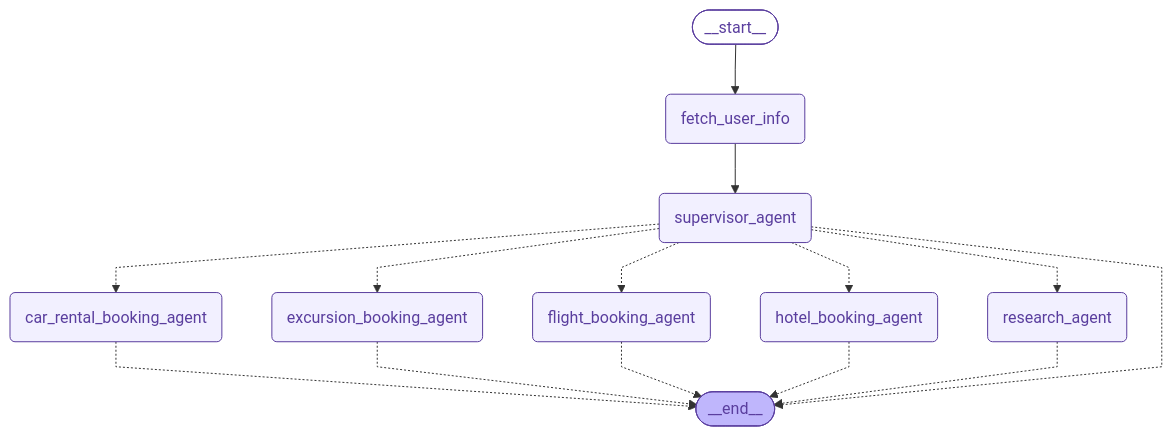
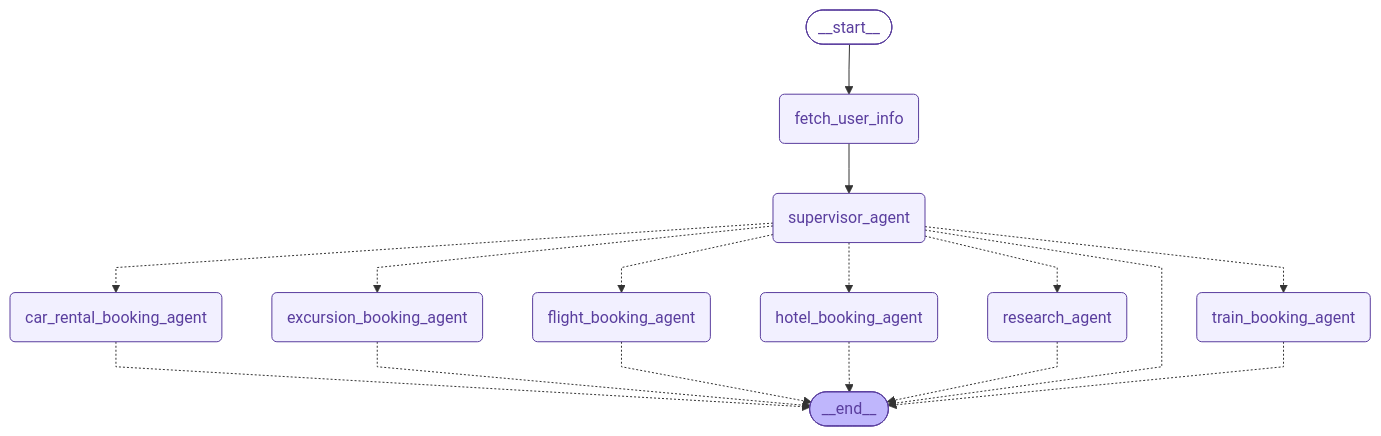
One commit to Agnescao/TripAssistant changed the diagram in graph/workflow_graph.mmd. Above: the diagram before and after it, drawn with Mermaid. The commit also changed 9 other files, not shown here.

Commit message:
add train agent

```diff
--- a/graph/workflow_graph.mmd
+++ b/graph/workflow_graph.mmd
@@ -1,31 +1,34 @@
 ---
 config:
   flowchart:
     curve: linear
 ---
 graph TD;
 	__start__([<p>__start__</p>]):::first
 	fetch_user_info(fetch_user_info)
 	supervisor_agent(supervisor_agent)
 	research_agent(research_agent)
 	flight_booking_agent(flight_booking_agent)
 	hotel_booking_agent(hotel_booking_agent)
 	car_rental_booking_agent(car_rental_booking_agent)
 	excursion_booking_agent(excursion_booking_agent)
+	train_booking_agent(train_booking_agent)
 	__end__([<p>__end__</p>]):::last
 	__start__ --> fetch_user_info;
 	car_rental_booking_agent -.-> __end__;
 	excursion_booking_agent -.-> __end__;
 	fetch_user_info --> supervisor_agent;
 	flight_booking_agent -.-> __end__;
 	hotel_booking_agent -.-> __end__;
 	research_agent -.-> __end__;
 	supervisor_agent -.-> __end__;
 	supervisor_agent -.-> car_rental_booking_agent;
 	supervisor_agent -.-> excursion_booking_agent;
 	supervisor_agent -.-> flight_booking_agent;
 	supervisor_agent -.-> hotel_booking_agent;
 	supervisor_agent -.-> research_agent;
+	supervisor_agent -.-> train_booking_agent;
+	train_booking_agent -.-> __end__;
 	classDef default fill:#f2f0ff,line-height:1.2,stroke:#5a3e9e,color:#5a3e9e
 	classDef first fill-opacity:0
 	classDef last fill:#bfb6fc
```
